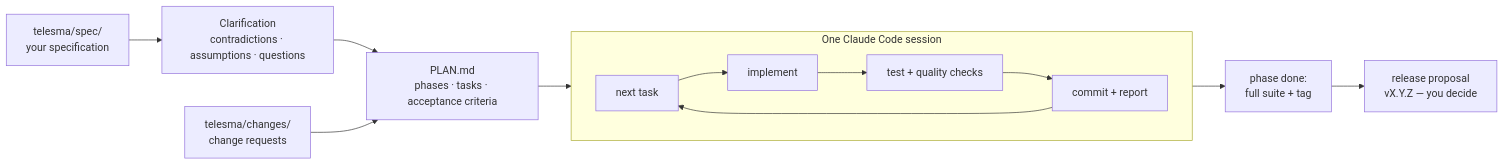
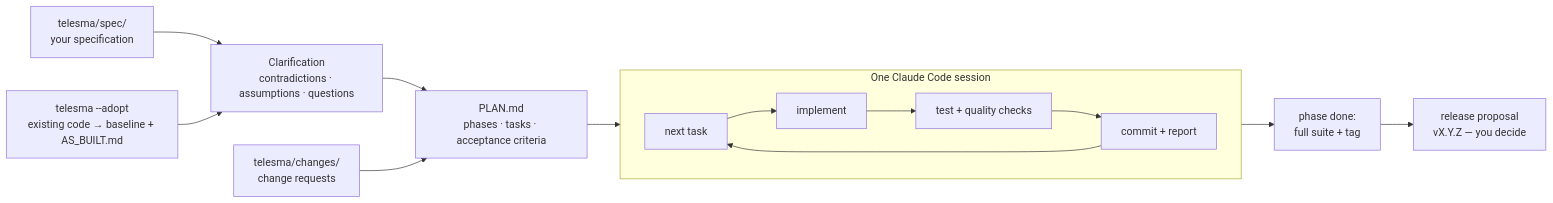
Before and after one commit to mario12358/telesma: the diagram in README.md, drawn with Mermaid. The commit also changed other lines of this file and 20 other files, not shown here.

````diff
--- a/README.md
+++ b/README.md
@@ -40,13 +43,14 @@
 ```mermaid
 flowchart LR
     spec["telesma/spec/<br/>your specification"] --> clarify["Clarification<br/>contradictions · assumptions · questions"]
+    adopt["telesma --adopt<br/>existing code → baseline + AS_BUILT.md"] --> clarify
     clarify --> plan["PLAN.md<br/>phases · tasks · acceptance criteria"]
     plan --> loop
     subgraph loop["One Claude Code session"]
         direction LR
         next["next task"] --> impl["implement"] --> test["test + quality checks"] --> commit["commit + report"] --> next
     end
     loop --> phase["phase done:<br/>full suite + tag"]
     phase --> release["release proposal<br/>vX.Y.Z — you decide"]
     changes["telesma/changes/<br/>change requests"] --> plan
 ```
````
